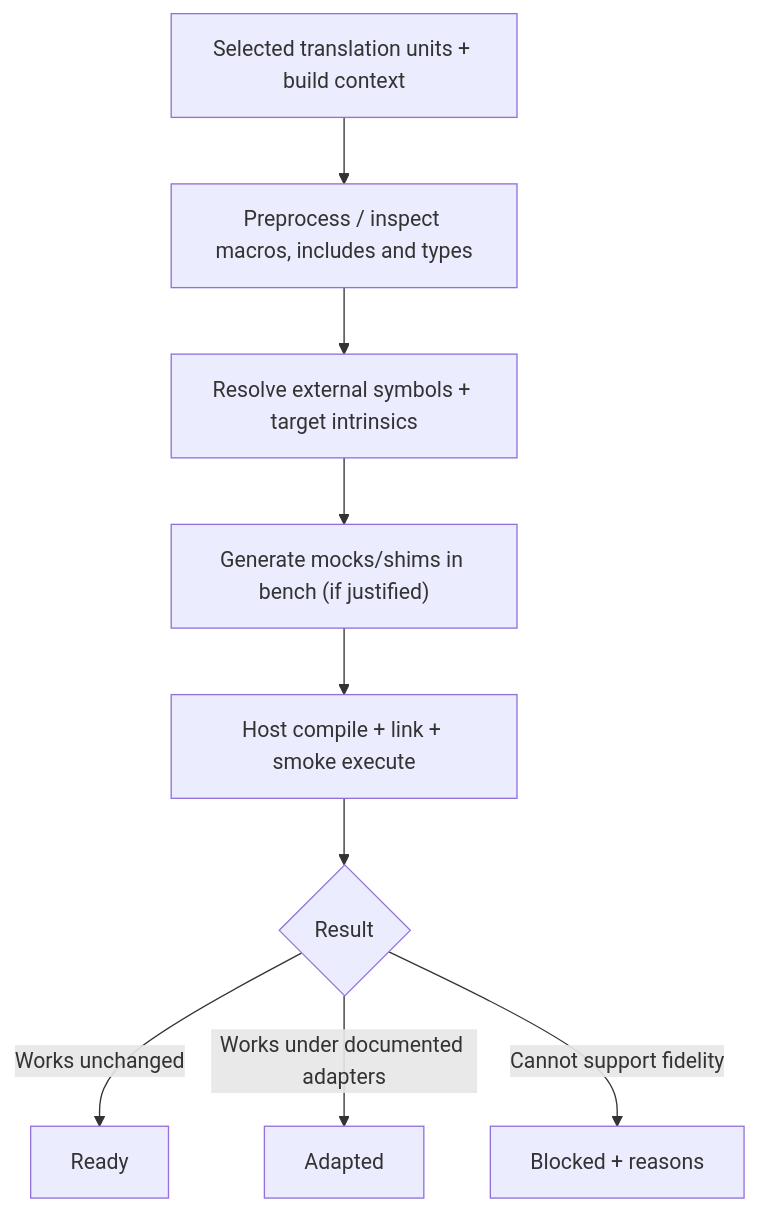
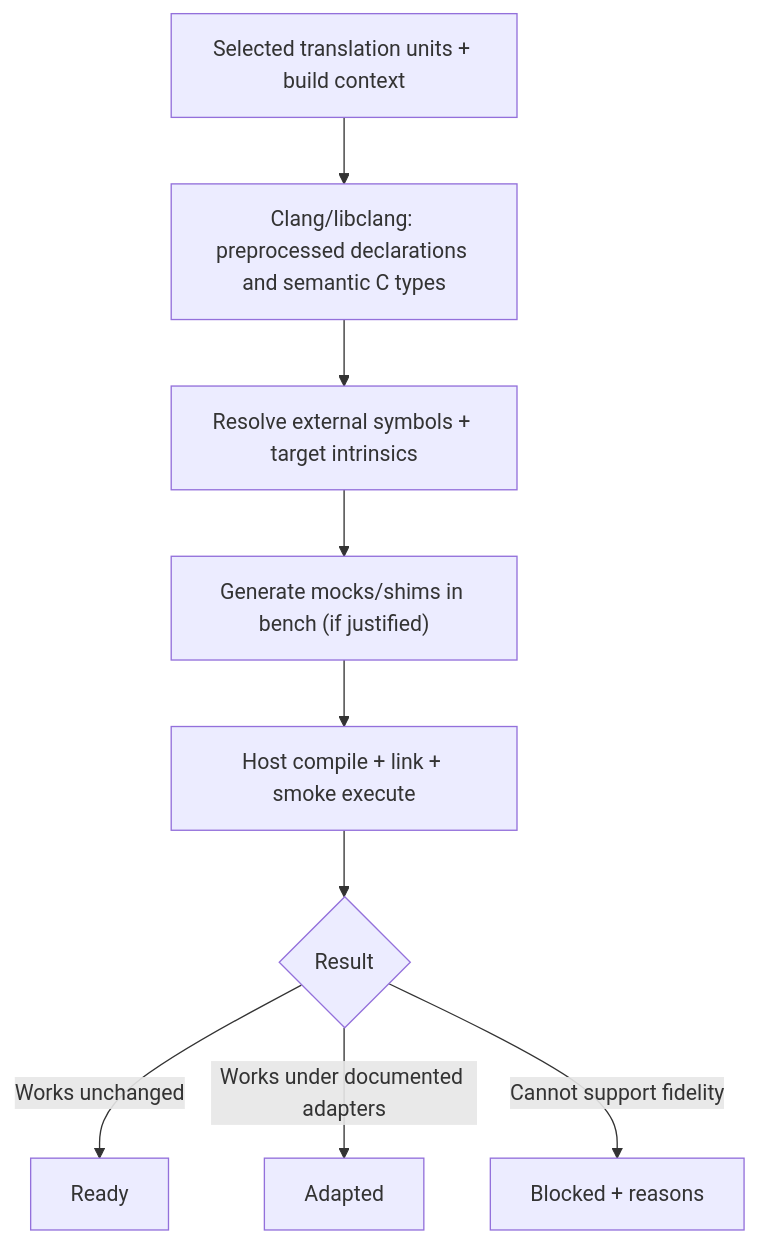
One commit to aradenac/utest-machinery changed the third of 3 diagrams in docs/architecture/architecture.md. Above: the diagram before and after it, drawn with Mermaid. The commit also changed other lines of this file and 6 other files, not shown here.

````diff
--- a/docs/architecture/architecture.md
+++ b/docs/architecture/architecture.md
@@ -70,11 +70,11 @@
 ```mermaid
 flowchart TD
-  I["Selected translation units + build context"] --> P["Preprocess / inspect macros, includes and types"]
+  I["Selected translation units + build context"] --> P["Clang/libclang: preprocessed declarations and semantic C types"]
   P --> R["Resolve external symbols + target intrinsics"]
   R --> M["Generate mocks/shims in bench (if justified)"]
   M --> C["Host compile + link + smoke execute"]
   C --> Q{"Result"}
   Q -->|Works unchanged| A["Ready"]
   Q -->|Works under documented adapters| B["Adapted"]
   Q -->|Cannot support fidelity| Z["Blocked + reasons"]
 ```
````
